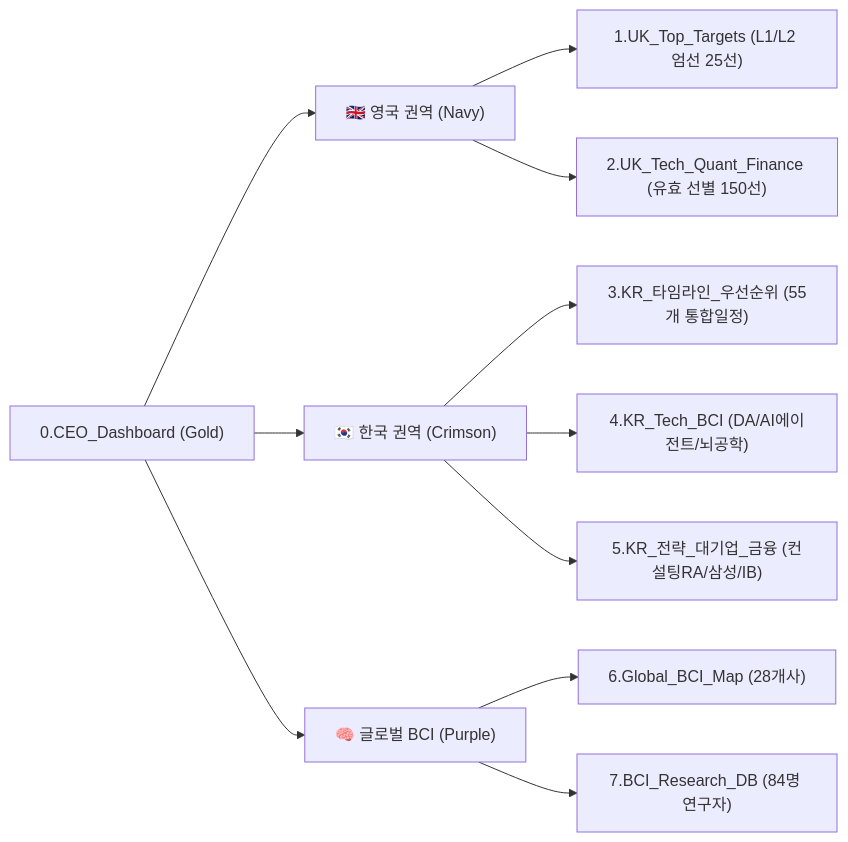
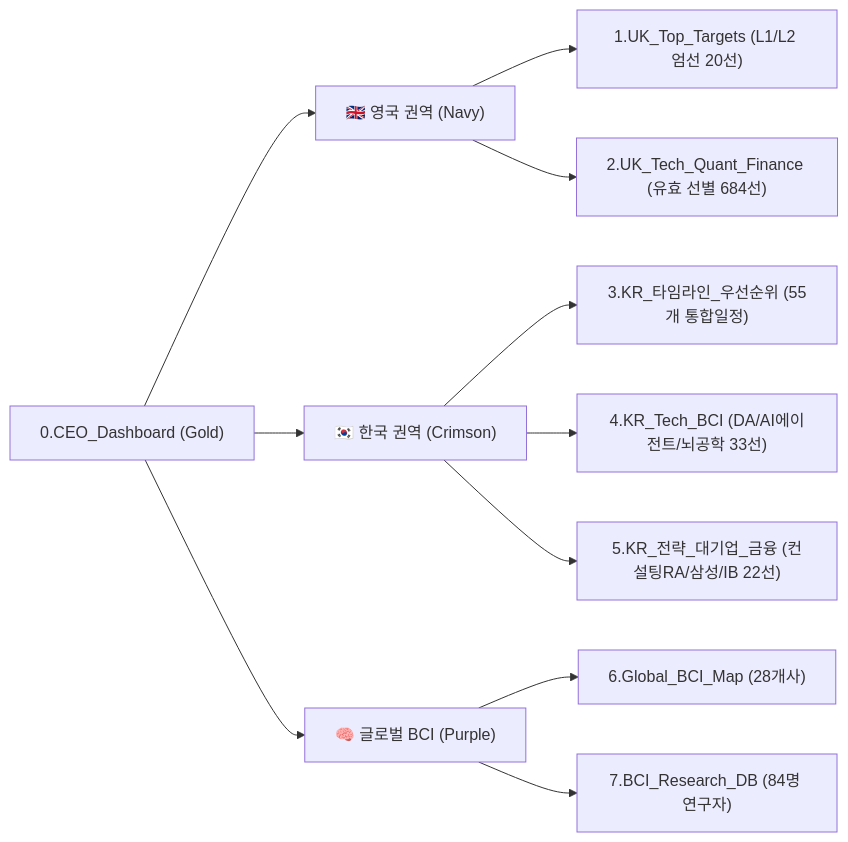
One commit to canadaofbin-netizen/Internship-Dashboard changed the diagram in README.md. Above: the diagram before and after it, drawn with Mermaid. The commit also changed other lines of this file and 9 other files, not shown here.

First line of the commit message:
feat(ssot): reorganize Excel into streamlined 8-tab architecture and finalize read.md

````diff
--- a/README.md
+++ b/README.md
@@ -10,16 +10,16 @@
 ```mermaid
 graph LR
     CEO["0.CEO_Dashboard (Gold)"] --> UK["🇬🇧 영국 권역 (Navy)"]
     CEO --> KR["🇰🇷 한국 권역 (Crimson)"]
     CEO --> BCI["🧠 글로벌 BCI (Purple)"]
     
-    UK --> UK1["1.UK_Top_Targets (L1/L2 엄선 25선)"]
-    UK --> UK2["2.UK_Tech_Quant_Finance (유효 선별 150선)"]
+    UK --> UK1["1.UK_Top_Targets (L1/L2 엄선 20선)"]
+    UK --> UK2["2.UK_Tech_Quant_Finance (유효 선별 684선)"]
     
     KR --> KR1["3.KR_타임라인_우선순위 (55개 통합일정)"]
-    KR --> KR2["4.KR_Tech_BCI (DA/AI에이전트/뇌공학)"]
-    KR --> KR3["5.KR_전략_대기업_금융 (컨설팅RA/삼성/IB)"]
+    KR --> KR2["4.KR_Tech_BCI (DA/AI에이전트/뇌공학 33선)"]
+    KR --> KR3["5.KR_전략_대기업_금융 (컨설팅RA/삼성/IB 22선)"]
     
     BCI --> BCI1["6.Global_BCI_Map (28개사)"]
     BCI --> BCI2["7.BCI_Research_DB (84명 연구자)"]
 ```
````
